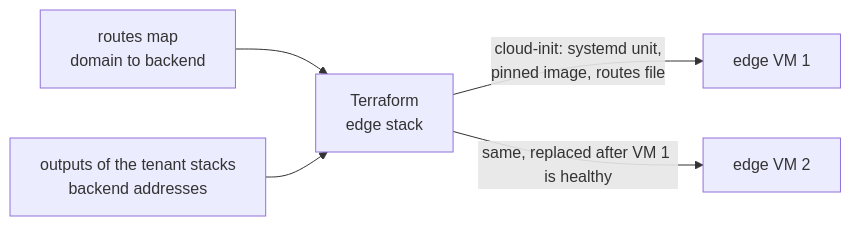
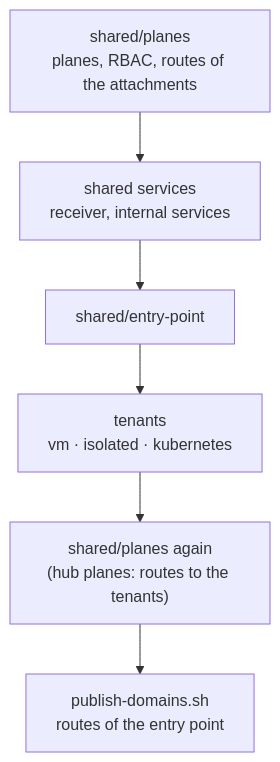
One commit to CyprisTech/openstack-multitenant-reference changed the seventh of 8 diagrams in docs/concepts/architecture.md. Above: the diagram before and after it, drawn with Mermaid. The commit also changed other lines of this file and 67 other files, not shown here.

First line of the commit message:
Exposure by service addresses, routes through metadata, observability pushed

````diff
--- a/docs/concepts/architecture.md
+++ b/docs/concepts/architecture.md
@@ -213,7 +197,10 @@
 ```mermaid
-flowchart LR
-    M["routes map<br/>domain to backend"] --> TF["Terraform<br/>edge stack"]
-    O["outputs of the tenant stacks<br/>backend addresses"] --> TF
-    TF -->|"cloud-init: systemd unit,<br/>pinned image, routes file"| V1["edge VM 1"]
-    TF -->|"same, replaced after VM 1 is healthy"| V2["edge VM 2"]
+flowchart TB
+    P["shared/planes<br/>planes, RBAC, routes of the attachments"]
+    S["shared services<br/>receiver, internal services"]
+    E["shared/entry-point"]
+    T["tenants<br/>vm · isolated · kubernetes"]
+    P2["shared/planes again<br/>(hub planes: routes to the tenants)"]
+    D["publish-domains.sh<br/>routes of the entry point"]
+    P --> S --> E --> T --> P2 --> D
 ```
````
